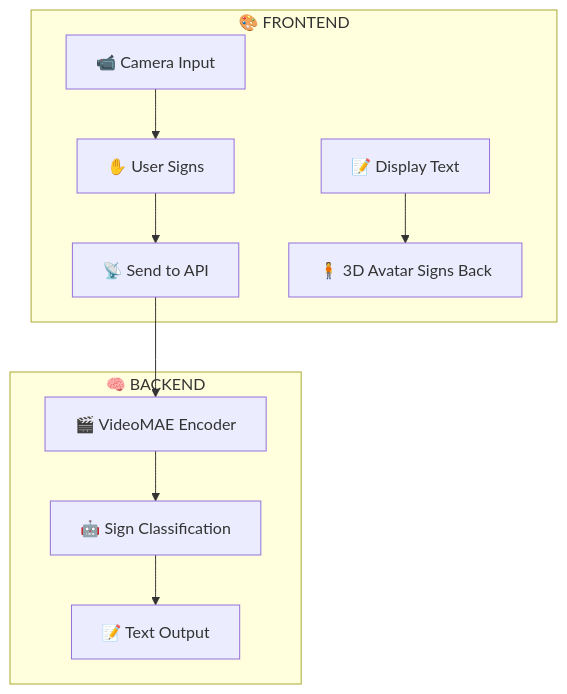
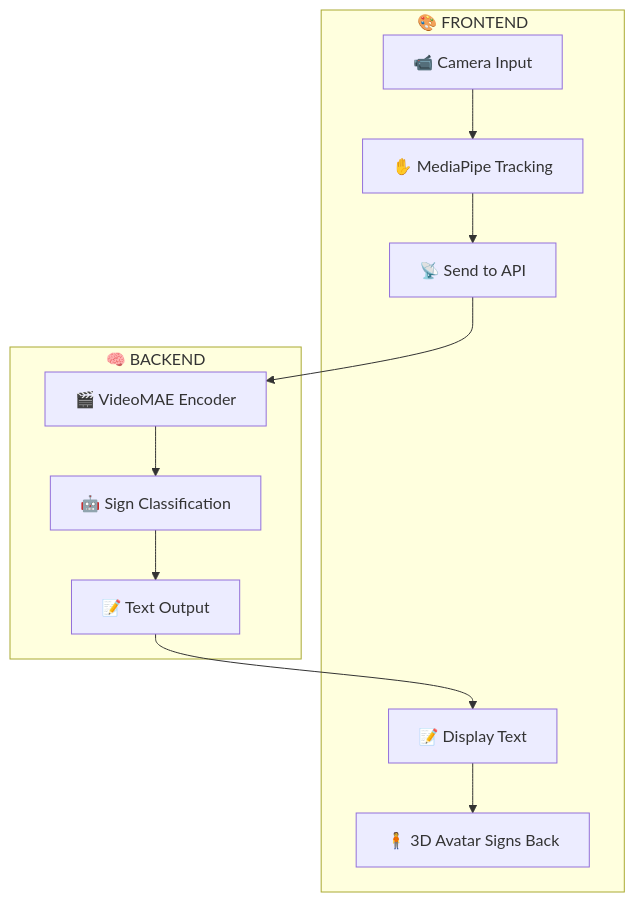
Before and after one commit to Okeha/SignrrGPT: the diagram in README.md, drawn with Mermaid. The commit also changed other lines of this file, not shown here.

````diff
--- a/README.md
+++ b/README.md
@@ -53,15 +51,16 @@
 ```mermaid
 flowchart TB
     subgraph Frontend["🎨 FRONTEND"]
-        A["📹 Camera Input"] --> B["✋ User Signs"]
+        A["📹 Camera Input"] --> B["✋ MediaPipe Tracking"]
         B --> C["📡 Send to API"]
         G["📝 Display Text"] --> H["🧍 3D Avatar Signs Back"]
     end
     
     subgraph Backend["🧠 BACKEND"]
         D["🎬 VideoMAE Encoder"] --> E["🤖 Sign Classification"]
         E --> F["📝 Text Output"]
     end
     
     C --> D
+    F --> G
 ```
````
